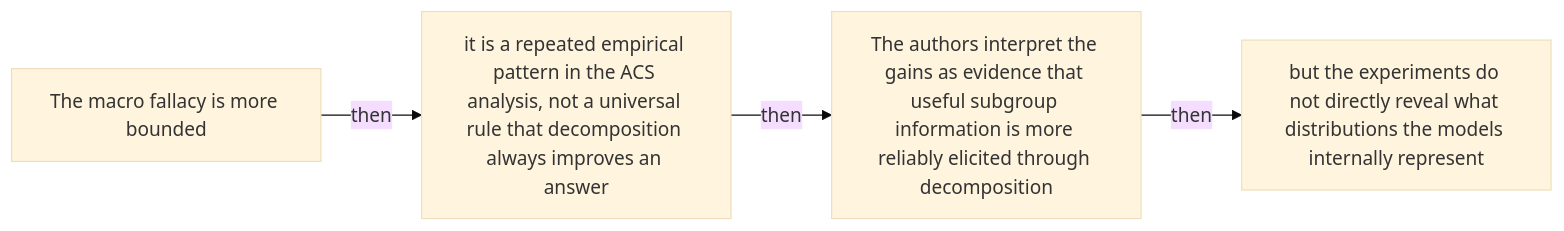
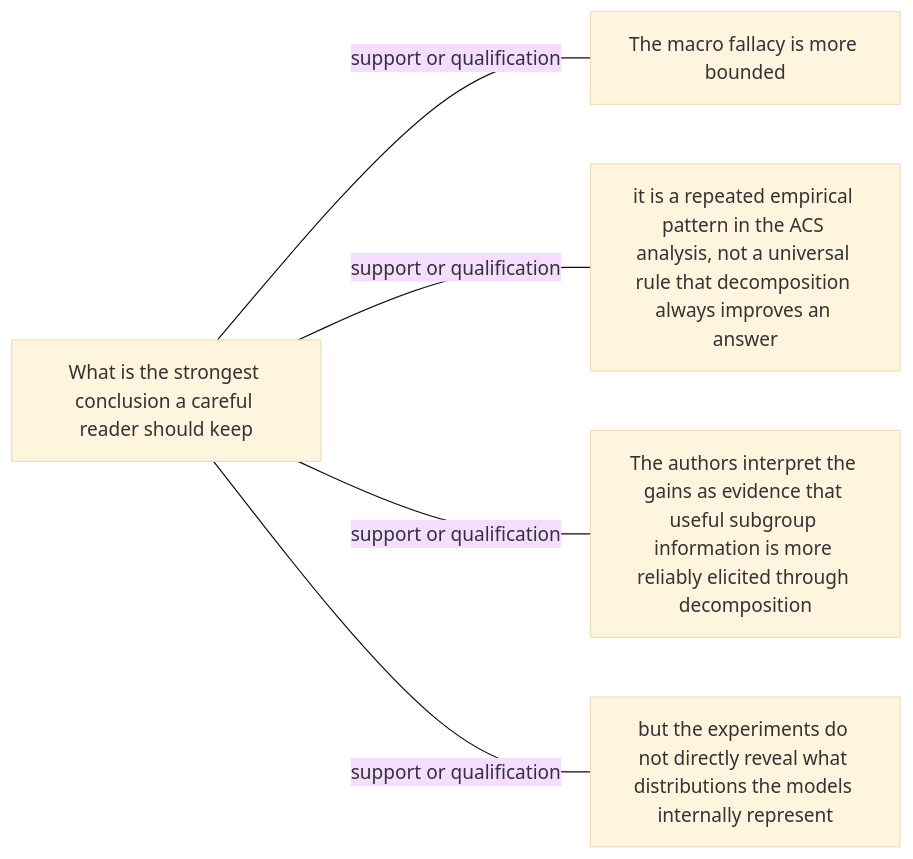
Diagram 48 of 48 in docs/visual-manifests/VISUAL_MANIFEST_PARTITION_PROMPT_AGGREGATE.md (Betancourt1/paper_atlas), drawn with Mermaid (base theme) before and after one commit. The commit also changed other lines of this file and 7 other files, not shown here.

````diff
--- a/docs/visual-manifests/VISUAL_MANIFEST_PARTITION_PROMPT_AGGREGATE.md
+++ b/docs/visual-manifests/VISUAL_MANIFEST_PARTITION_PROMPT_AGGREGATE.md
@@ -3842,10 +3857,12 @@
 ```mermaid
 flowchart LR
-  n1["The macro fallacy is more bounded"]
-  n2["it is a repeated empirical pattern in the ACS analysis, not a universal rule that decomposition always improves an answer"]
-  n3["The authors interpret the gains as evidence that useful subgroup information is more reliably elicited through decomposition"]
-  n4["but the experiments do not directly reveal what distributions the models internally represent"]
-  n1 -->|"then"| n2
-  n2 -->|"then"| n3
-  n3 -->|"then"| n4
+  center["What is the strongest conclusion a careful reader should keep"]
+  f1["The macro fallacy is more bounded"]
+  f2["it is a repeated empirical pattern in the ACS analysis, not a universal rule that decomposition always improves an answer"]
+  f3["The authors interpret the gains as evidence that useful subgroup information is more reliably elicited through decomposition"]
+  f4["but the experiments do not directly reveal what distributions the models internally represent"]
+  center ---|"support or qualification"| f1
+  center ---|"support or qualification"| f2
+  center ---|"support or qualification"| f3
+  center ---|"support or qualification"| f4
 ```
````
